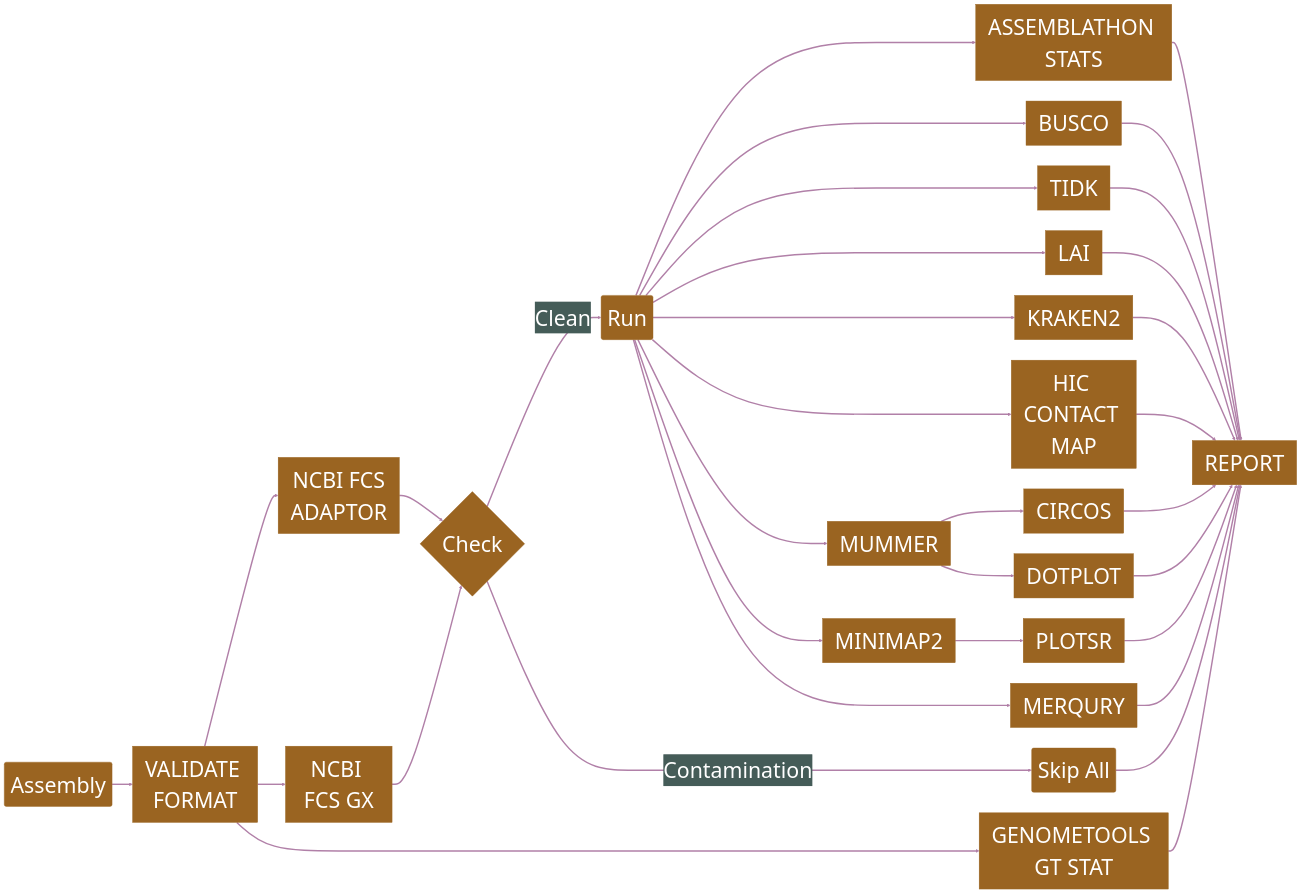
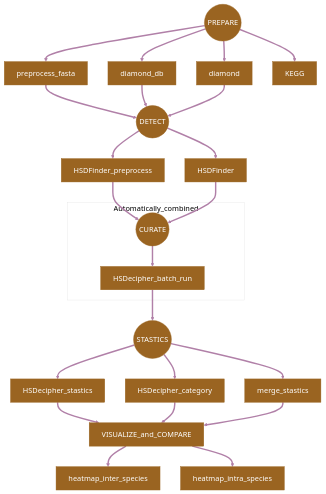
The diagram in README.md (zx0223winner/HSDSnake), drawn with Mermaid before and after one commit. The commit also changed other lines of this file, not shown here.

````diff
--- a/README.md
+++ b/README.md
@@ -70,55 +69,51 @@
 ```mermaid
 %%{init: {
     'theme': 'base',
     'themeVariables': {
-    'fontSize': '52px",
+    'fontSize': '18px",
     'primaryColor': '#9A6421',
     'primaryTextColor': '#ffffff',
     'primaryBorderColor': '#9A6421',
     'lineColor': '#B180A8',
     'secondaryColor': '#455C58',
     'tertiaryColor': '#ffffff'
   }
 }}%%
-flowchart LR
-  forEachTag(Assembly) ==> VALIDATE_FORMAT[VALIDATE FORMAT]
+flowchart TD
+  
+  PREPARE((PREPARE)) ==> preprocess_fasta[preprocess_fasta]
+  PREPARE ==> diamond_db[diamond_db]
+  PREPARE ==> diamond[ diamond]
+  PREPARE ==> KEGG[KEGG]
 
-  VALIDATE_FORMAT ==> ncbiFCS[NCBI FCS\nADAPTOR]
-  ncbiFCS ==> Check{Check}
+  preprocess_fasta ==> DETECT
+  diamond_db ==> DETECT
+  diamond ==> DETECT
 
-  VALIDATE_FORMAT ==> ncbiGX[NCBI FCS GX]
-  ncbiGX ==> Check
-  Check ==> |Clean|Run(Run)
 
-  Check ==> |Contamination|Skip(Skip All)
-  Skip ==> REPORT
+  DETECT((DETECT)) ==> HSDFinder_preprocess[HSDFinder_preprocess]
+  DETECT ==> HSDFinder[HSDFinder]
+  
 
-  VALIDATE_FORMAT ==> GFF_STATS[GENOMETOOLS GT STAT]
+  HSDFinder_preprocess ==> CURATE
+  HSDFinder ==> CURATE
+  
+  subgraph Automatically_combined
+   CURATE((CURATE)) ==> HSDecipher_batch_run[HSDecipher_batch_run]
+  end
+  HSDecipher_batch_run ==> STASTICS
 
-  Run ==> ASS_STATS[ASSEMBLATHON STATS]
-  Run ==> BUSCO
-  Run ==> TIDK
-  Run ==> LAI
-  Run ==> KRAKEN2
-  Run ==> HIC_CONTACT_MAP[HIC CONTACT MAP]
-  Run ==> MUMMER
-  Run ==> MINIMAP2
-  Run ==> MERQURY
+  STASTICS((STASTICS)) ==> HSDecipher_stastics[HSDecipher_stastics]
+  STASTICS ==> HSDecipher_category[HSDecipher_category]
+  STASTICS ==> merge_stastics[merge_stastics]
 
-  MUMMER ==> CIRCOS
-  MUMMER ==> DOTPLOT
+  HSDecipher_stastics ==> VISUALIZE_and_COMPARE
+  HSDecipher_category ==> VISUALIZE_and_COMPARE
+  merge_stastics ==> VISUALIZE_and_COMPARE
 
-  MINIMAP2 ==> PLOTSR
+  VISUALIZE_and_COMPARE ==> HSDecipher_heatmap_inter_species_prepare[heatmap_inter_species]
+  VISUALIZE_and_COMPARE ==> HSDecipher_heatmap_intra_species[heatmap_intra_species]
 
-  ASS_STATS ==> REPORT
-  GFF_STATS ==> REPORT
-  BUSCO ==> REPORT
-  TIDK ==> REPORT
-  LAI ==> REPORT
-  KRAKEN2 ==> REPORT
-  HIC_CONTACT_MAP ==> REPORT
-  CIRCOS ==> REPORT
-  DOTPLOT ==> REPORT
-  PLOTSR ==> REPORT
-  MERQURY ==> REPORT
+
+
 ```
````
